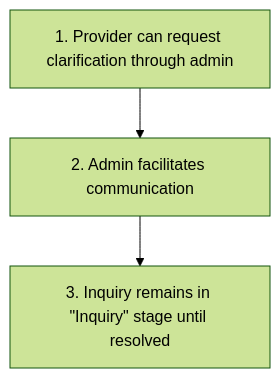
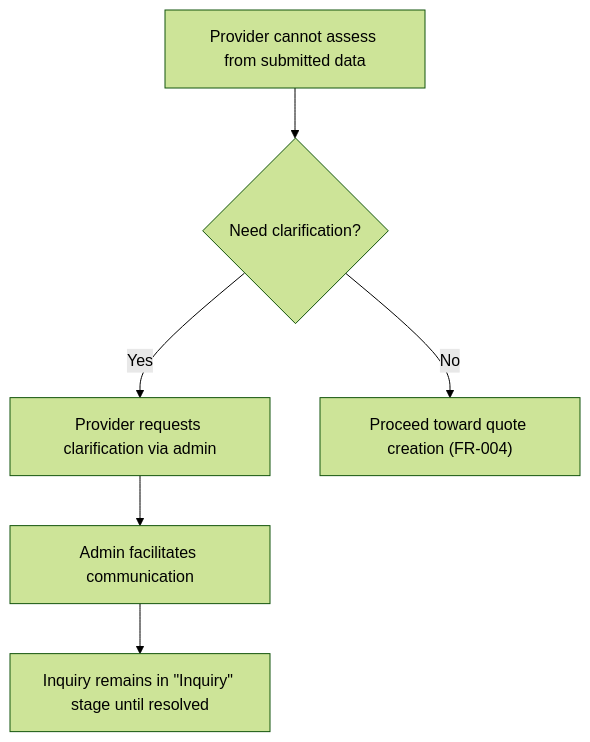
Before and after one commit to joachimtrungtuan/hairline-pm-docs: the tenth of 14 diagrams in project-requirements/functional-requirements/fr003-inquiry-submission/prd.md, drawn with Mermaid (forest theme). The commit also changed other lines of this file and 12 other files, not shown here.

Commit message:
Update task automation scripts and update FR-003 flows into Mermaid format

````diff
--- a/project-requirements/functional-requirements/fr003-inquiry-submission/prd.md
+++ b/project-requirements/functional-requirements/fr003-inquiry-submission/prd.md
@@ -288,5 +273,8 @@
 ```mermaid
 flowchart TD
-  C2S1["1. Provider can request clarification through admin"] --> C2S2["2. Admin facilitates communication"]
-  C2S2 --> C2S3["3. Inquiry remains in &quot;Inquiry&quot; stage until resolved"]
+    Review["Provider cannot assess from submitted data"] --> Need{"Need clarification?"}
+    Need -->|Yes| Request["Provider requests clarification via admin"]
+    Request --> Admin["Admin facilitates communication"]
+    Admin --> Stay["Inquiry remains in &quot;Inquiry&quot; stage until resolved"]
+    Need -->|No| Continue["Proceed toward quote creation (FR-004)"]
 ```
````
